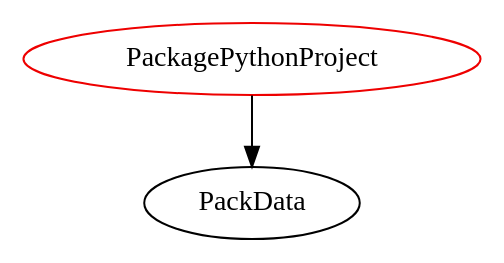
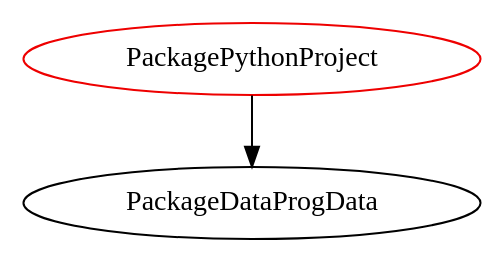
One commit to JacquesCarette/Drasil changed the diagram in analysis/TypeDependencyGraphs/code/PackagePythonProject.dot. Above: the diagram before and after it, drawn with Graphviz. The commit also changed 253 other files, not shown here.

```diff
--- a/analysis/TypeDependencyGraphs/code/PackagePythonProject.dot
+++ b/analysis/TypeDependencyGraphs/code/PackagePythonProject.dot
@@ -1,4 +1,4 @@
 digraph packagepythonproject{
 PackagePythonProject	[shape=oval, color=red2, label="PackagePythonProject"];
-PackagePythonProject -> PackData;
+PackagePythonProject -> PackageDataProgData;
 }
```
